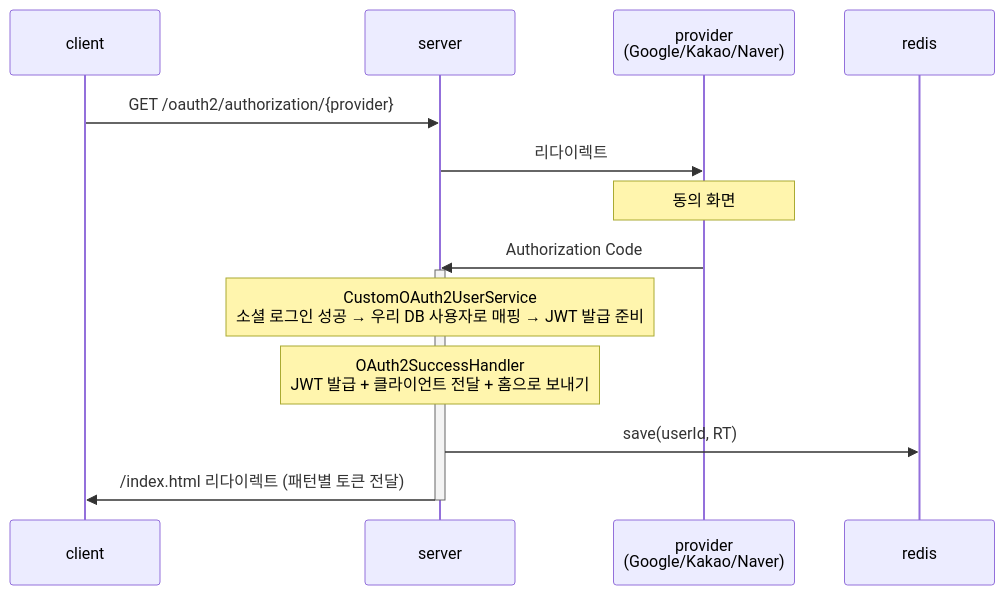
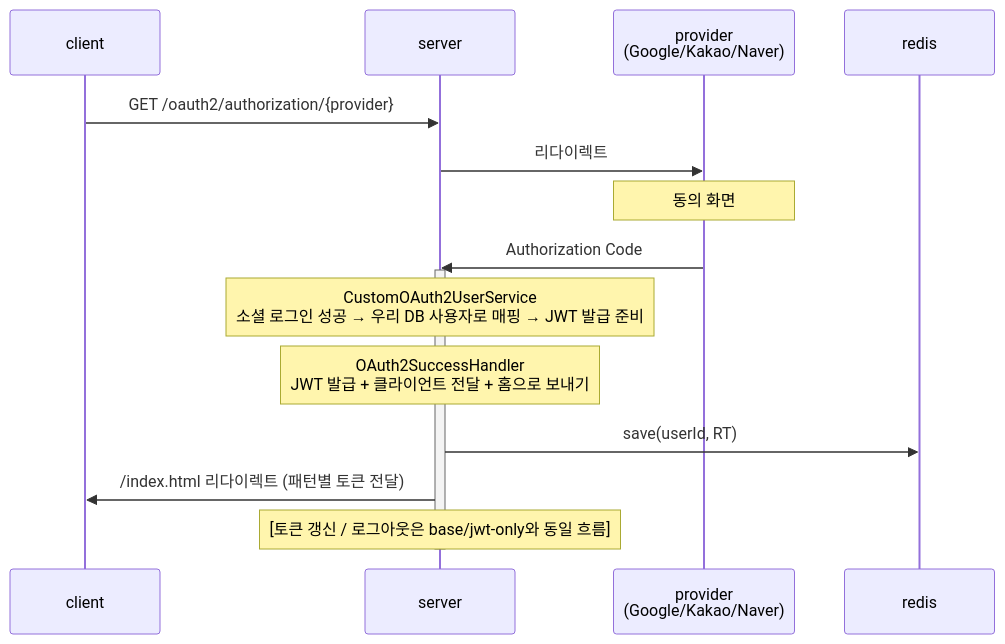
The second of 2 diagrams in README.md (yuuki9/auth-flow), drawn with Mermaid before and after one commit. The commit also changed 1 other file, not shown here.

Commit message:
docs: update OAuth2 login flow diagram with refresh/logout note

````diff
--- a/README.md
+++ b/README.md
@@ -82,19 +82,20 @@
 ```mermaid
 sequenceDiagram
     participant client
     participant server
     participant provider as provider<br/>(Google/Kakao/Naver)
     participant redis
 
     client->>server: GET /oauth2/authorization/{provider}
     server->>provider: 리다이렉트
     Note over provider: 동의 화면
     provider->>server: Authorization Code
 
     activate server
     Note over server: CustomOAuth2UserService<br/>소셜 로그인 성공 → 우리 DB 사용자로 매핑 → JWT 발급 준비
     Note over server: OAuth2SuccessHandler<br/>JWT 발급 + 클라이언트 전달 + 홈으로 보내기
     server->>redis: save(userId, RT)
     server->>client: /index.html 리다이렉트 (패턴별 토큰 전달)
+    Note over server: [토큰 갱신 / 로그아웃은 base/jwt-only와 동일 흐름]
     deactivate server
 ```
````
